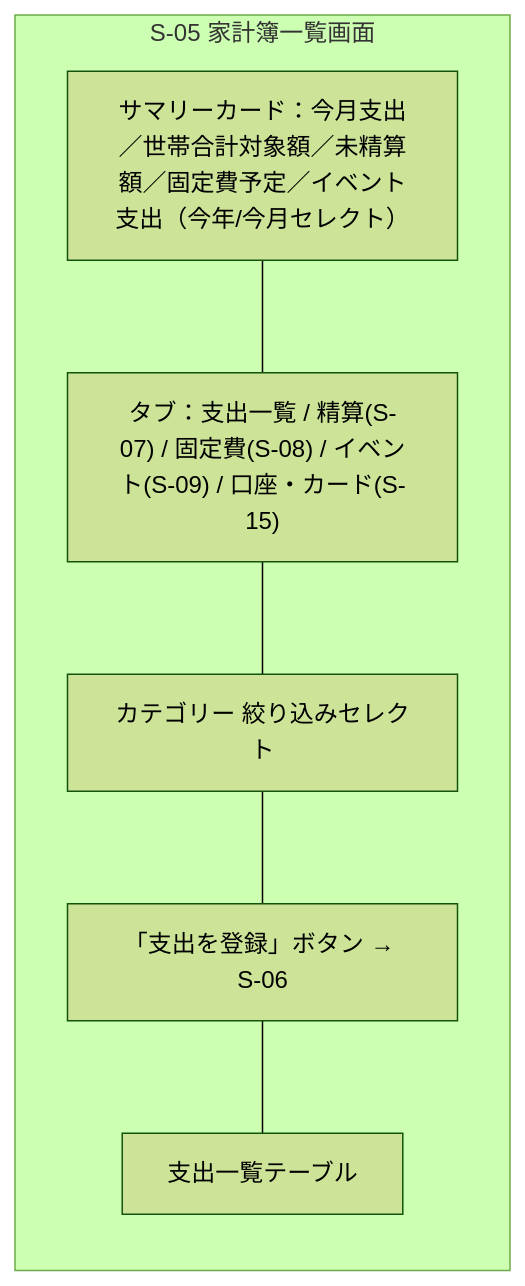
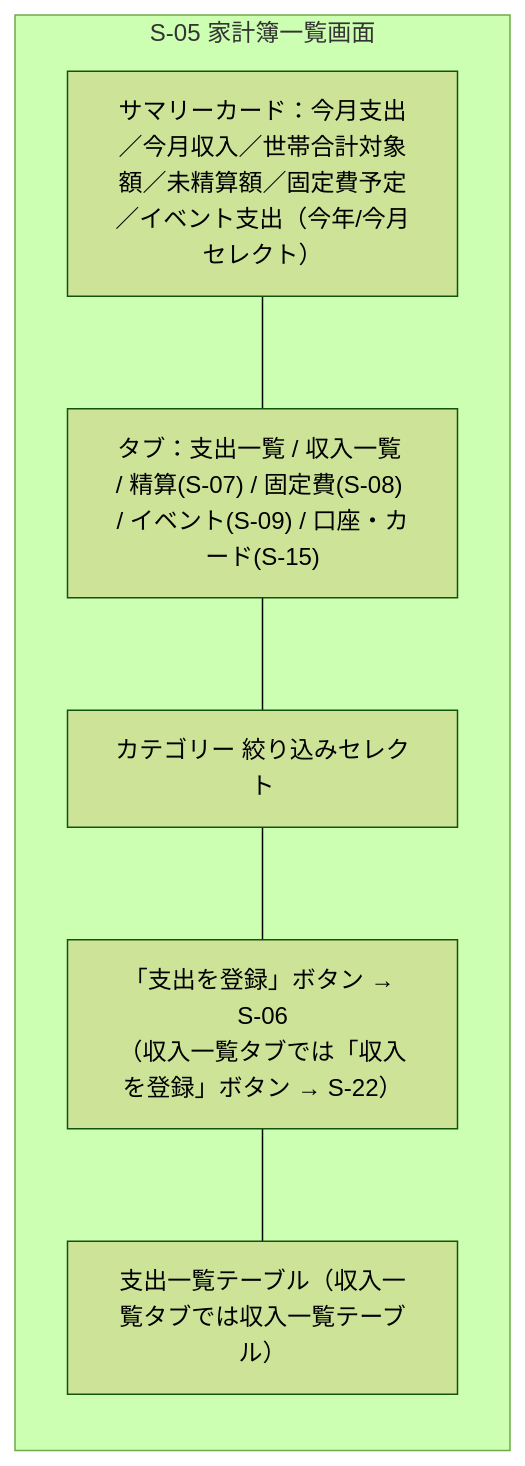
One commit to yamamotonaoki3/HomeLog changed the fifth of 19 diagrams in docs/details/wireframes.md. Above: the diagram before and after it, drawn with Mermaid (forest theme). The commit also changed other lines of this file and 9 other files, not shown here.

````diff
--- a/docs/details/wireframes.md
+++ b/docs/details/wireframes.md
@@ -226,12 +239,12 @@
 ```mermaid
 flowchart TD
     subgraph Screen["S-05 家計簿一覧画面"]
         direction TB
-        Summary["サマリーカード：今月支出／世帯合計対象額／未精算額／固定費予定／イベント支出（今年/今月セレクト）"]
-        Tabs["タブ：支出一覧 / 精算(S-07) / 固定費(S-08) / イベント(S-09) / 口座・カード(S-15)"]
+        Summary["サマリーカード：今月支出／今月収入／世帯合計対象額／未精算額／固定費予定／イベント支出（今年/今月セレクト）"]
+        Tabs["タブ：支出一覧 / 収入一覧 / 精算(S-07) / 固定費(S-08) / イベント(S-09) / 口座・カード(S-15)"]
         Filter["カテゴリー 絞り込みセレクト"]
-        AddBtn["「支出を登録」ボタン → S-06"]
-        List["支出一覧テーブル"]
+        AddBtn["「支出を登録」ボタン → S-06\n（収入一覧タブでは「収入を登録」ボタン → S-22）"]
+        List["支出一覧テーブル（収入一覧タブでは収入一覧テーブル）"]
     end
     Summary --- Tabs --- Filter --- AddBtn --- List
 ```
````
